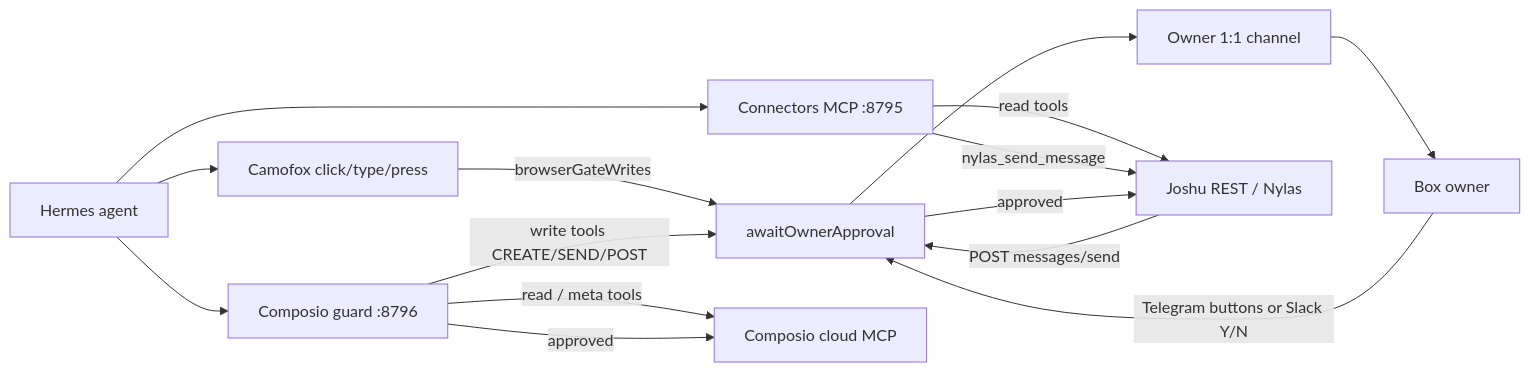
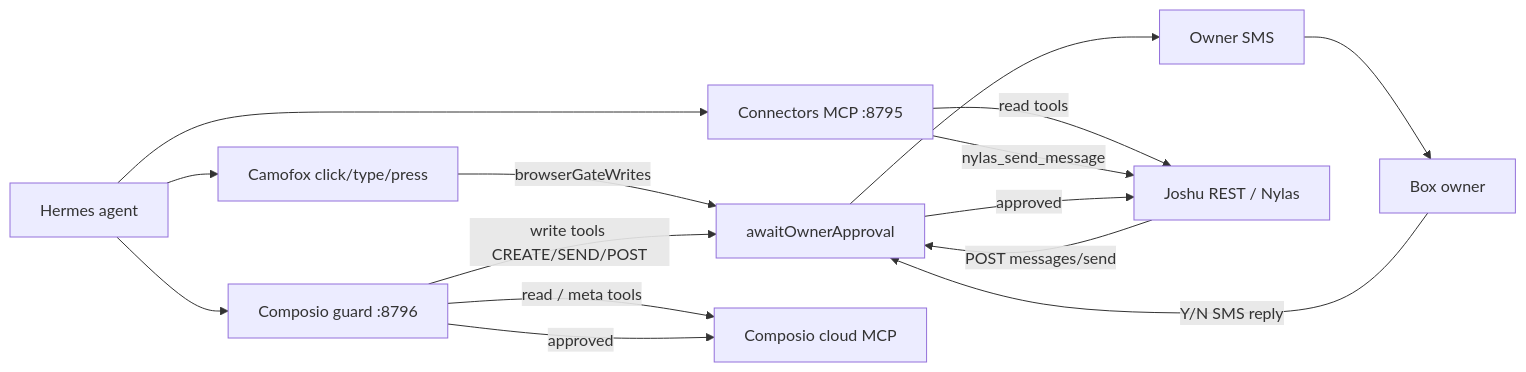
The diagram in docs/connectors.md (BeatusMomentum/joshu-oss), drawn with Mermaid before and after one commit. The commit also changed other lines of this file and 47 other files, not shown here.

First line of the commit message:
Sync OSS snapshot: SMS-only action-guard HITL and owner-mobile capture.

````diff
--- a/docs/connectors.md
+++ b/docs/connectors.md
@@ -312,27 +307,27 @@
 ```mermaid
 flowchart LR
   Hermes[Hermes agent]
   Proxy[Composio guard :8796]
   Connectors[Connectors MCP :8795]
   Browser[Camofox click/type/press]
   Gate[awaitOwnerApproval]
-  OwnerCh[Owner 1:1 channel]
+  SMS[Owner SMS]
   Owner[Box owner]
   JoshuREST[Joshu REST / Nylas]
   ComposioCloud[Composio cloud MCP]
 
   Hermes --> Proxy
   Hermes --> Connectors
   Hermes --> Browser
   Browser -->|browserGateWrites| Gate
   Proxy -->|read / meta tools| ComposioCloud
   Proxy -->|write tools CREATE/SEND/POST| Gate
   Connectors -->|read tools| JoshuREST
   Connectors -->|nylas_send_message| JoshuREST
   JoshuREST -->|POST messages/send| Gate
-  Gate --> OwnerCh
-  OwnerCh --> Owner
-  Owner -->|Telegram buttons or Slack Y/N| Gate
+  Gate --> SMS
+  SMS --> Owner
+  Owner -->|Y/N SMS reply| Gate
   Gate -->|approved| JoshuREST
   Proxy -->|approved| ComposioCloud
 ```
````
